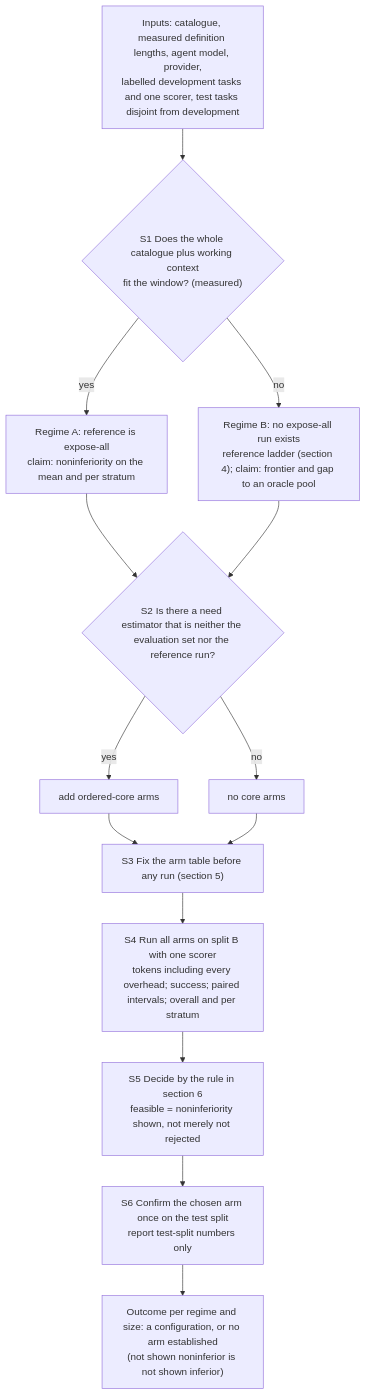
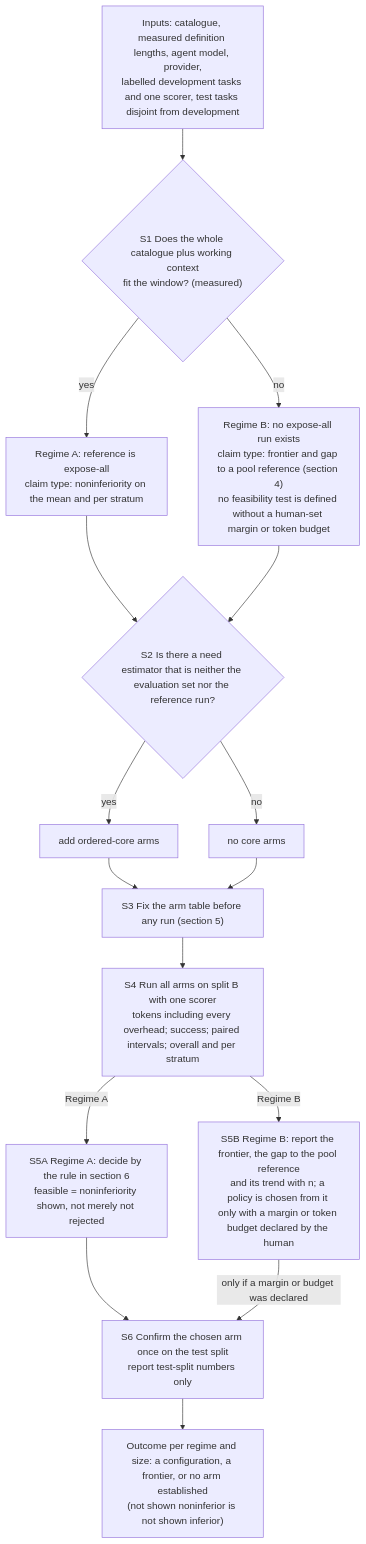
The second of 2 diagrams in design/package-v4/02-policy-graph-and-protocol.md (omarelansary/thesis-policy-design), drawn with Mermaid before and after one commit. The commit also changed other lines of this file and 21 other files, not shown here.

````diff
--- a/design/package-v4/02-policy-graph-and-protocol.md
+++ b/design/package-v4/02-policy-graph-and-protocol.md
@@ -43,19 +51,21 @@
 ```mermaid
 flowchart TD
   I["Inputs: catalogue, measured definition lengths, agent model, provider,<br/>labelled development tasks and one scorer, test tasks disjoint from development"]
   I --> Q1{"S1 Does the whole catalogue plus working context<br/>fit the window? (measured)"}
-  Q1 -->|yes| RA["Regime A: reference is expose-all<br/>claim: noninferiority on the mean and per stratum"]
-  Q1 -->|no| RB["Regime B: no expose-all run exists<br/>reference ladder (section 4); claim: frontier and gap to an oracle pool"]
+  Q1 -->|yes| RA["Regime A: reference is expose-all<br/>claim type: noninferiority on the mean and per stratum"]
+  Q1 -->|no| RB["Regime B: no expose-all run exists<br/>claim type: frontier and gap to a pool reference (section 4)<br/>no feasibility test is defined without a human-set margin or token budget"]
   RA --> Q2
   RB --> Q2
   Q2{"S2 Is there a need estimator that is neither the evaluation set nor the reference run?"}
   Q2 -->|yes| K1["add ordered-core arms"]
   Q2 -->|no| K2["no core arms"]
   K1 --> S3
   K2 --> S3
   S3["S3 Fix the arm table before any run (section 5)"]
   S3 --> S4["S4 Run all arms on split B with one scorer<br/>tokens including every overhead; success; paired intervals; overall and per stratum"]
-  S4 --> S5["S5 Decide by the rule in section 6<br/>feasible = noninferiority shown, not merely not rejected"]
-  S5 --> S6["S6 Confirm the chosen arm once on the test split<br/>report test-split numbers only"]
-  S6 --> O["Outcome per regime and size: a configuration, or no arm established<br/>(not shown noninferior is not shown inferior)"]
+  S4 -->|"Regime A"| S5A["S5A Regime A: decide by the rule in section 6<br/>feasible = noninferiority shown, not merely not rejected"]
+  S4 -->|"Regime B"| S5B["S5B Regime B: report the frontier, the gap to the pool reference<br/>and its trend with n; a policy is chosen from it only with a margin or token budget declared by the human"]
+  S5A --> S6["S6 Confirm the chosen arm once on the test split<br/>report test-split numbers only"]
+  S5B -->|"only if a margin or budget was declared"| S6
+  S6 --> O["Outcome per regime and size: a configuration, a frontier, or no arm established<br/>(not shown noninferior is not shown inferior)"]
 ```
````
